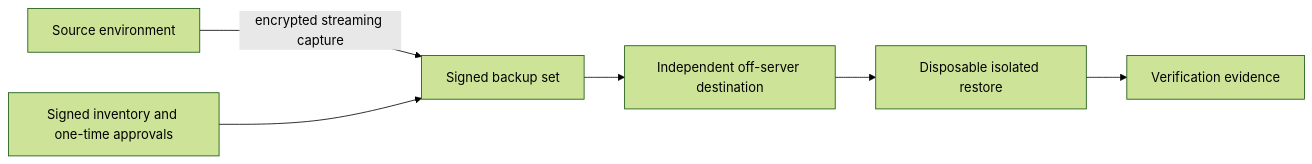
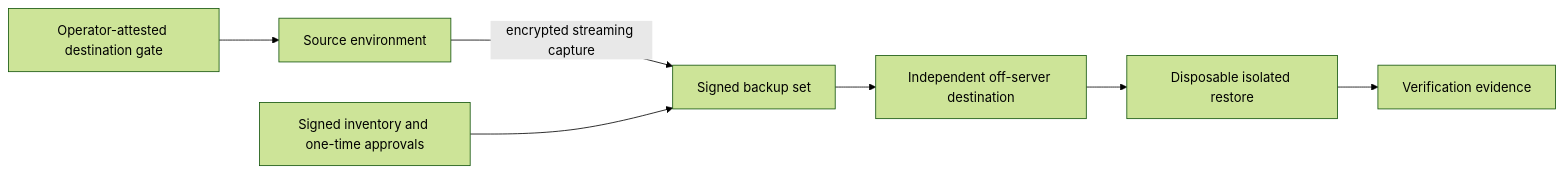
The diagram in README.md (shiny-a2/a2-staging-security-showcase), drawn with Mermaid (forest theme) before and after one commit. The commit also changed other lines of this file and 3 other files, not shown here.

````diff
--- a/README.md
+++ b/README.md
@@ -29,8 +31,9 @@
 ```mermaid
 flowchart LR
-    S[Source environment] -->|encrypted streaming capture| B[Signed backup set]
+    G[Operator-attested destination gate] --> S[Source environment]
+    S -->|encrypted streaming capture| B[Signed backup set]
     C[Signed inventory and one-time approvals] --> B
     B --> O[Independent off-server destination]
     O --> R[Disposable isolated restore]
     R --> E[Verification evidence]
 ```
````
